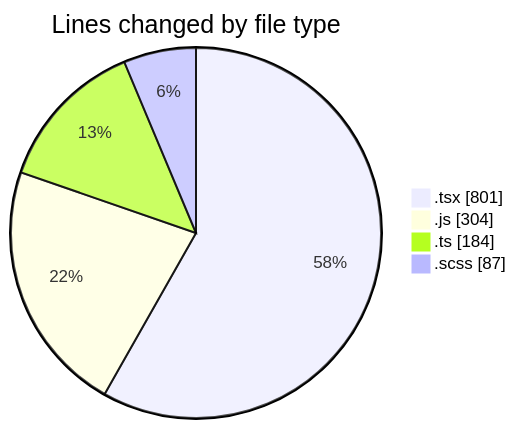
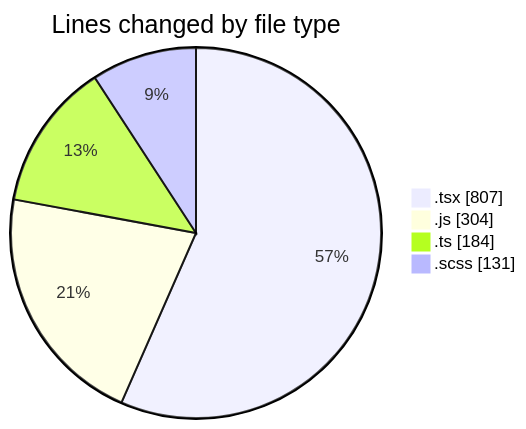
Before and after one commit to momahboobian/code-tracking: the first of 2 diagrams in 2025-02-26/cda/README.md, drawn with Mermaid. The commit also changed other lines of this file and 1 other file, not shown here.

````diff
--- a/2025-02-26/cda/README.md
+++ b/2025-02-26/cda/README.md
@@ -35,8 +37,8 @@
 ```mermaid
 pie showData
 title Lines changed by file type
-".tsx" : 801
+".tsx" : 807
 ".js" : 304
 ".ts" : 184
-".scss" : 87
+".scss" : 131
 ```
````
